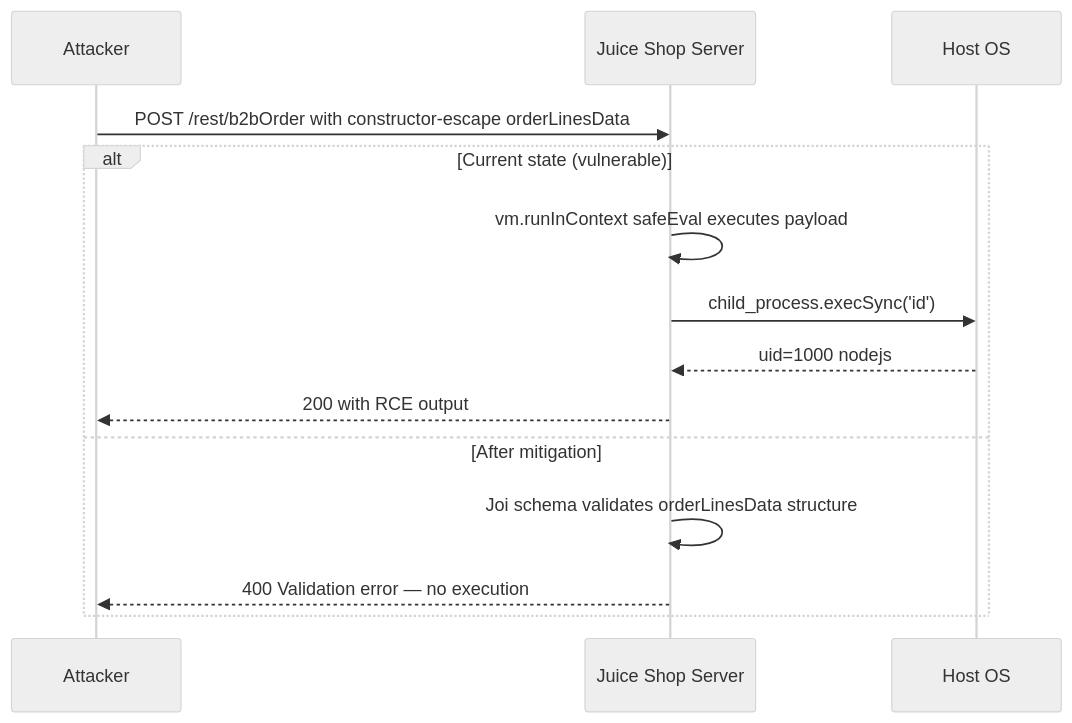
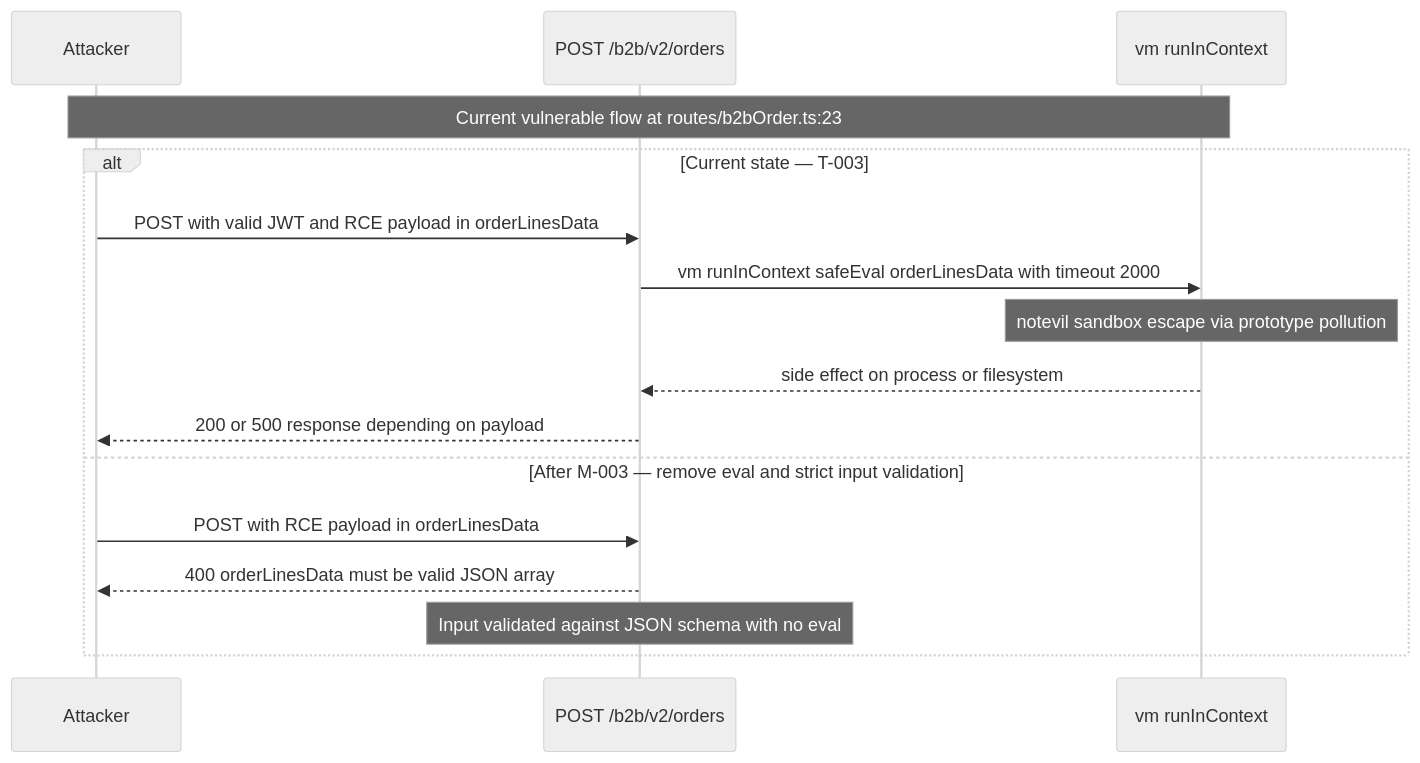
Before and after one commit to appsec-foundry/appsec-advisor: the tenth of 10 diagrams in examples/threat-modeler/threat-mode-juice-shop-quick.md, drawn with Mermaid (neutral theme). The commit also changed other lines of this file and 10 other files, not shown here.

````diff
--- a/examples/threat-modeler/threat-mode-juice-shop-quick.md
+++ b/examples/threat-modeler/threat-mode-juice-shop-quick.md
@@ -576,17 +540,20 @@
 ```mermaid
 sequenceDiagram
-    participant A as Attacker
-    participant S as Juice Shop Server
-    participant OS as Host OS
+    participant Attacker
+    participant B2B as POST /b2b/v2/orders
+    participant Sandbox as vm runInContext
 
-    A->>S: POST /rest/b2bOrder with constructor-escape orderLinesData
-    alt Current state (vulnerable)
-        S->>S: vm.runInContext safeEval executes payload
-        S->>OS: child_process.execSync('id')
-        OS-->>S: uid=1000 nodejs
-        S-->>A: 200 with RCE output
-    else After mitigation
-        S->>S: Joi schema validates orderLinesData structure
-        S-->>A: 400 Validation error — no execution
+    note over Attacker,Sandbox: Current vulnerable flow at routes/b2bOrder.ts:23
+
+    alt Current state — T-003
+        Attacker->>B2B: POST with valid JWT and RCE payload in orderLinesData
+        B2B->>Sandbox: vm runInContext safeEval orderLinesData with timeout 2000
+        note over Sandbox: notevil sandbox escape via prototype pollution
+        Sandbox-->>B2B: side effect on process or filesystem
+        B2B-->>Attacker: 200 or 500 response depending on payload
+    else After M-003 — remove eval and strict input validation
+        Attacker->>B2B: POST with RCE payload in orderLinesData
+        B2B-->>Attacker: 400 orderLinesData must be valid JSON array
+        note over B2B: Input validated against JSON schema with no eval
     end
 ```
````
